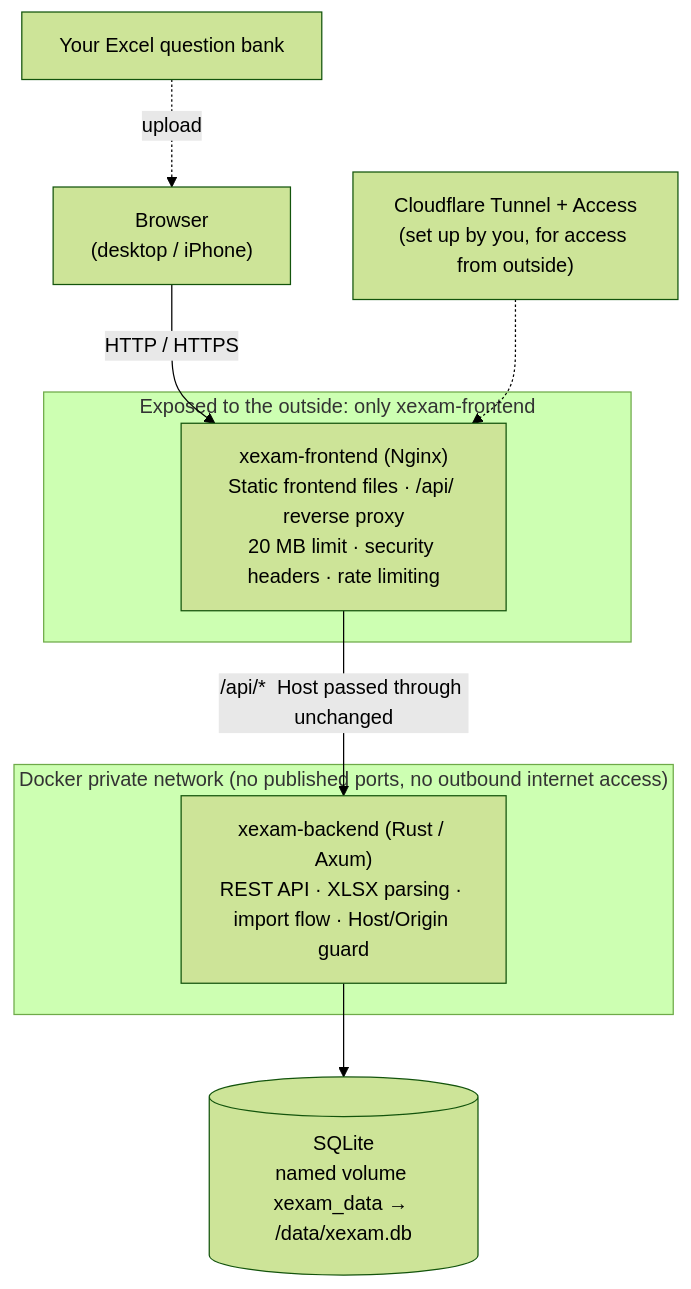
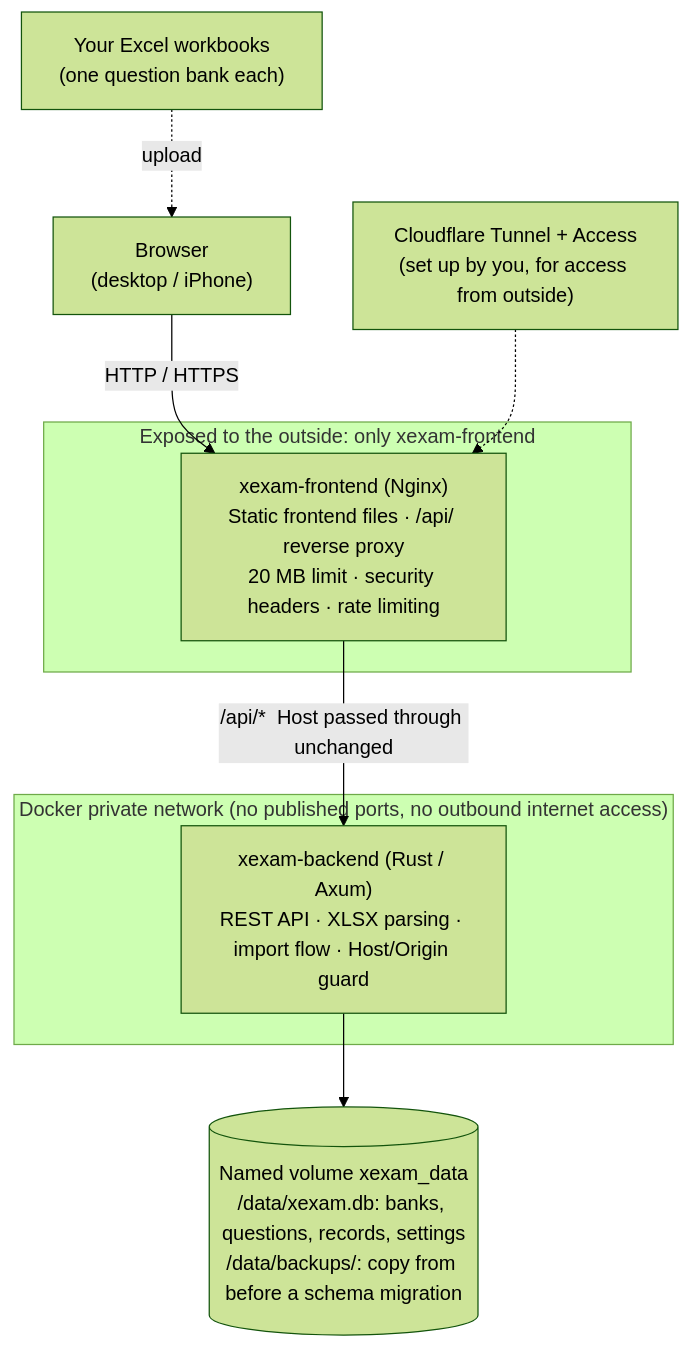
Before and after one commit to Yumin-Space/xexam: the second of 7 diagrams in README.md, drawn with Mermaid (forest theme). The commit also changed other lines of this file and 205 other files, not shown here.

````diff
--- a/README.md
+++ b/README.md
@@ -122,14 +625,14 @@
 ```mermaid
 flowchart TB
     U["Browser<br/>(desktop / iPhone)"] -->|"HTTP / HTTPS"| N
-    subgraph 公开["Exposed to the outside: only xexam-frontend"]
+    subgraph pub["Exposed to the outside: only xexam-frontend"]
         N["xexam-frontend (Nginx)<br/>Static frontend files · /api/ reverse proxy<br/>20 MB limit · security headers · rate limiting"]
     end
-    subgraph 内网["Docker private network (no published ports, no outbound internet access)"]
+    subgraph priv["Docker private network (no published ports, no outbound internet access)"]
         B["xexam-backend (Rust / Axum)<br/>REST API · XLSX parsing · import flow · Host/Origin guard"]
     end
     N -->|"/api/*  Host passed through unchanged"| B
-    B --> D[("SQLite<br/>named volume xexam_data → /data/xexam.db")]
+    B --> D[("Named volume xexam_data<br/>/data/xexam.db: banks, questions, records, settings<br/>/data/backups/: copy from before a schema migration")]
     CF["Cloudflare Tunnel + Access<br/>(set up by you, for access from outside)"] -.-> N
-    X["Your Excel question bank"] -.->|"upload"| U
+    X["Your Excel workbooks<br/>(one question bank each)"] -.->|"upload"| U
 ```
````
